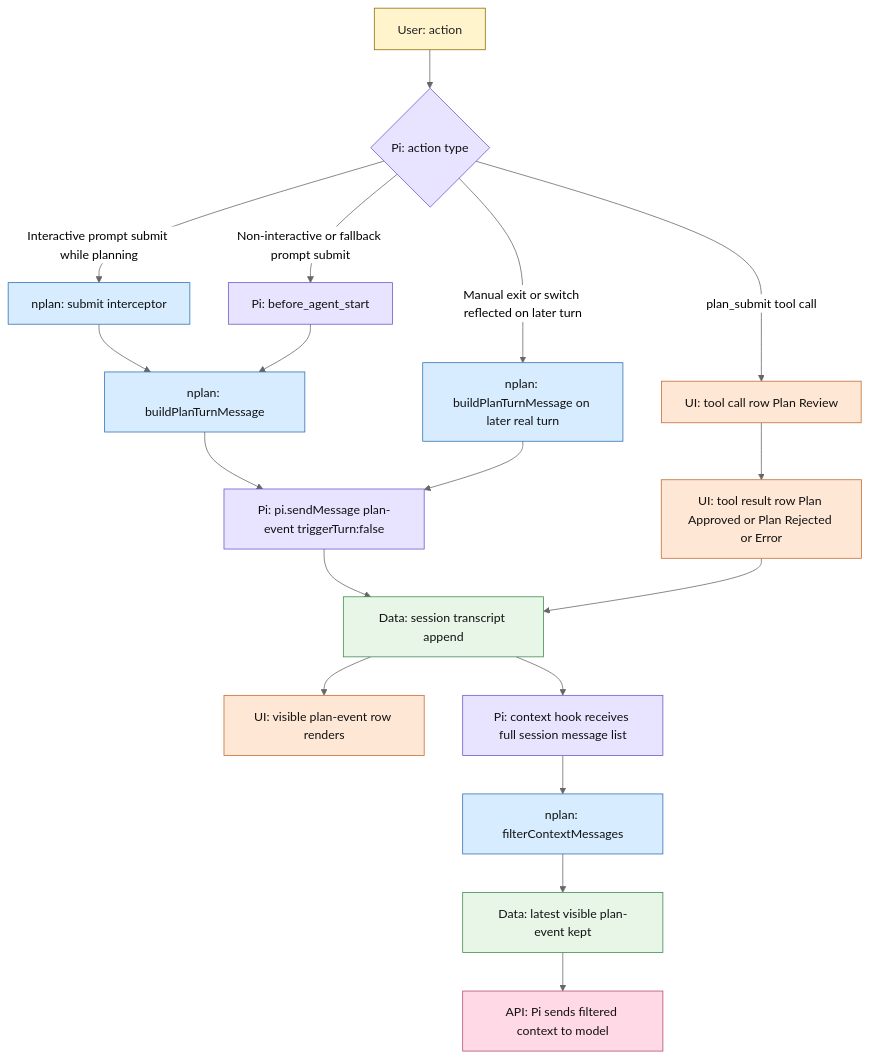
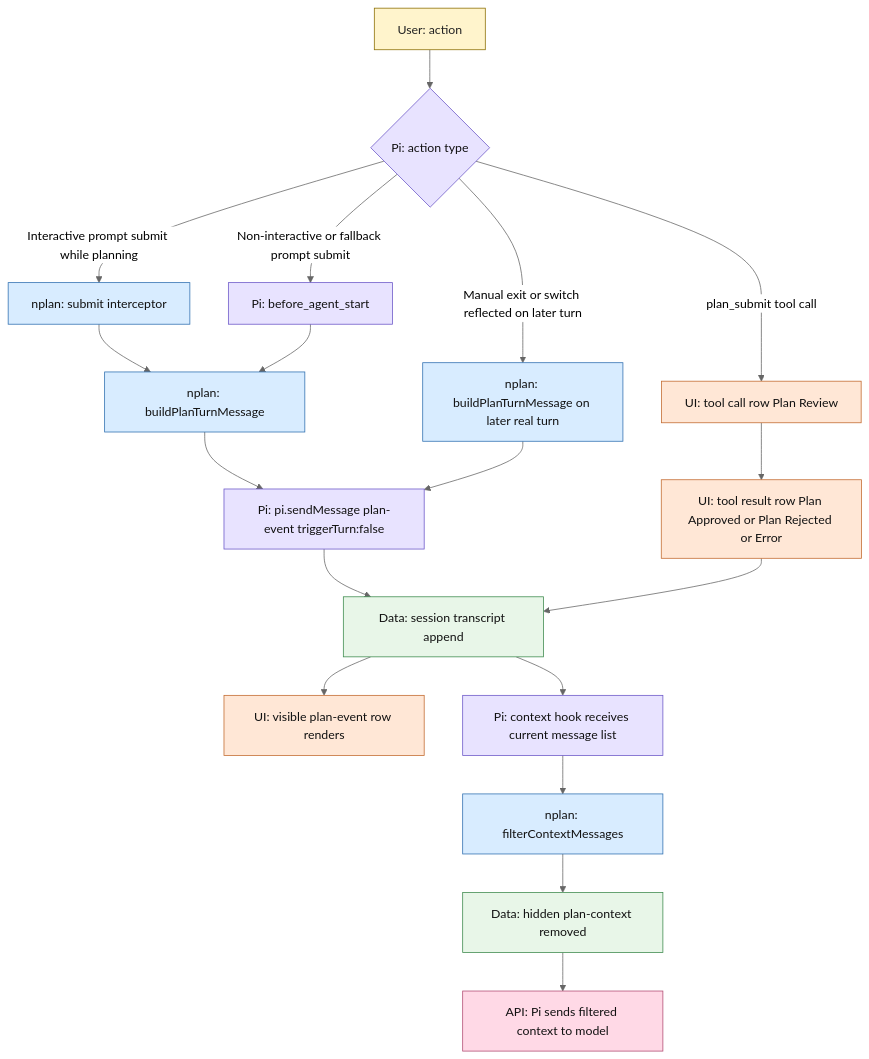
One commit to pyronaur/nplan changed the first of 5 diagrams in docs/planning-message-lifecycle.md. Above: the diagram before and after it, drawn with Mermaid (neutral theme). The commit also changed other lines of this file and 8 other files, not shown here.

````diff
--- a/docs/planning-message-lifecycle.md
+++ b/docs/planning-message-lifecycle.md
@@ -37,38 +38,38 @@
 ```mermaid
 flowchart TD
     A[User: action] --> B{Pi: action type}
 
     B -->|Interactive prompt submit while planning| C[nplan: submit interceptor]
     C --> D[nplan: buildPlanTurnMessage]
     D --> E[Pi: pi.sendMessage plan-event triggerTurn:false]
     E --> F[Data: session transcript append]
     F --> G[UI: visible plan-event row renders]
 
     B -->|Non-interactive or fallback prompt submit| H[Pi: before_agent_start]
     H --> D
 
     B -->|plan_submit tool call| I[UI: tool call row Plan Review]
     I --> J[UI: tool result row Plan Approved or Plan Rejected or Error]
     J --> F
 
     B -->|Manual exit or switch reflected on later turn| K[nplan: buildPlanTurnMessage on later real turn]
     K --> E
 
-    F --> L[Pi: context hook receives full session message list]
+    F --> L[Pi: context hook receives current message list]
     L --> M[nplan: filterContextMessages]
-    M --> N[Data: latest visible plan-event kept]
+    M --> N[Data: hidden plan-context removed]
     N --> O[API: Pi sends filtered context to model]
 
     classDef user fill:#fff4cc,stroke:#8a6d00,color:#222;
     classDef nplan fill:#d8ecff,stroke:#2f6fb0,color:#111;
     classDef pi fill:#e8e3ff,stroke:#6b57c8,color:#111;
     classDef data fill:#e8f6e8,stroke:#3d8a4d,color:#111;
     classDef ui fill:#ffe7d6,stroke:#c26a2e,color:#111;
     classDef api fill:#ffd9e6,stroke:#b24b72,color:#111;
     class A user;
     class C,D,K,M nplan;
     class B,E,H,L pi;
     class F,N data;
     class G,I,J ui;
     class O api;
 ```
````
